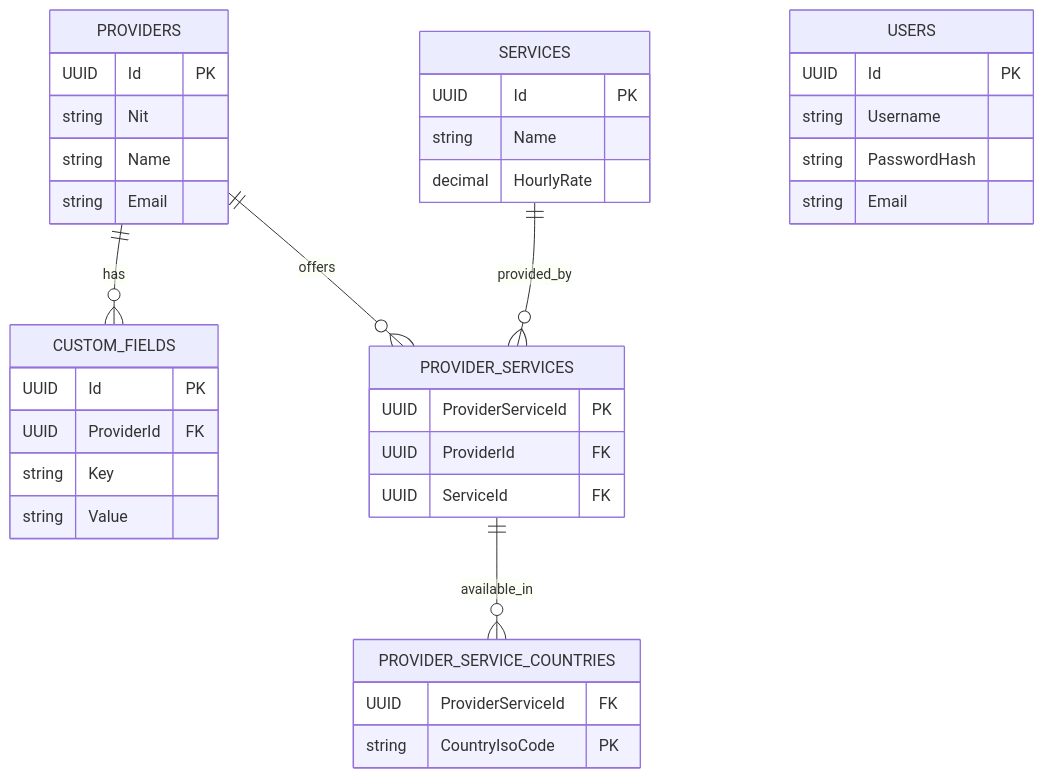
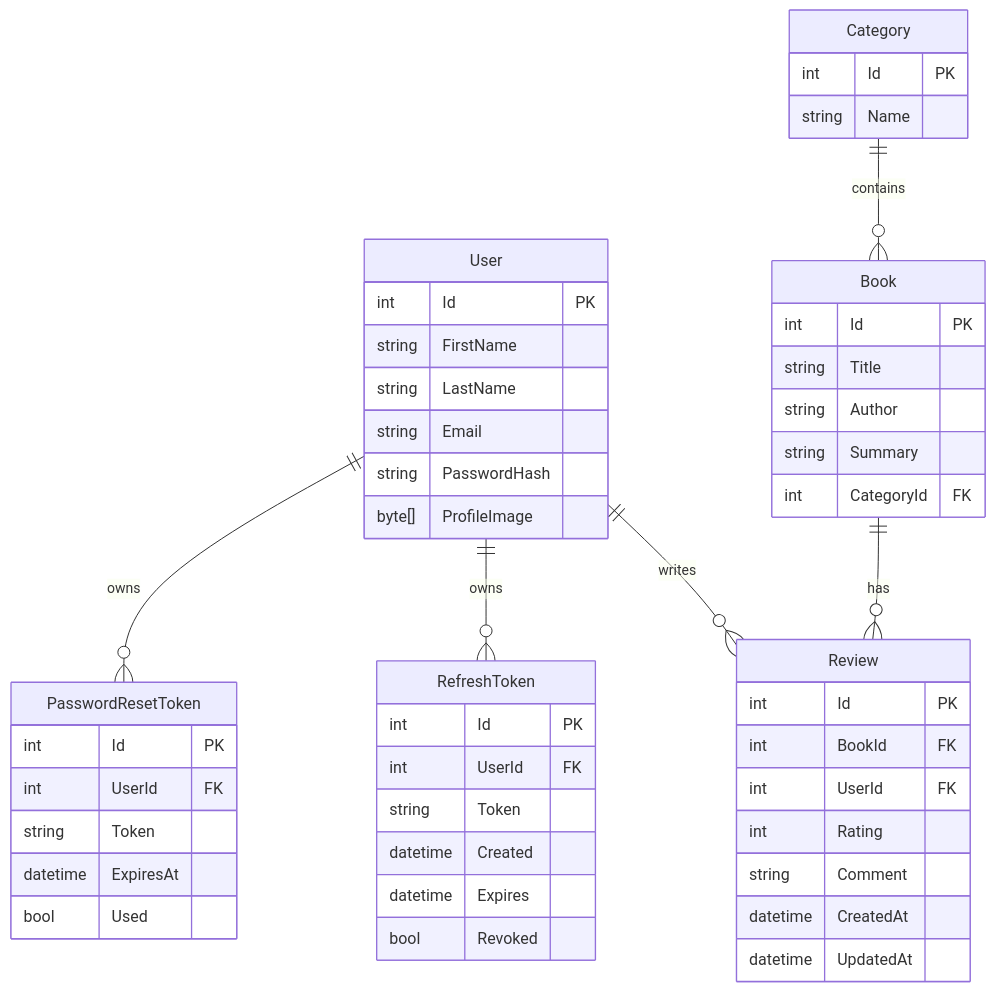
Before and after one commit to Cristian-Infante/Book_reviews: the diagram in README.md, drawn with Mermaid.

````diff
--- a/README.md
+++ b/README.md
@@ -3,40 +3,52 @@
 ```mermaid
 erDiagram
-    PROVIDERS {
-        UUID Id PK
-        string Nit
+    User {
+        int Id PK
+        string FirstName
+        string LastName
+        string Email
+        string PasswordHash
+        byte[] ProfileImage
+    }
+    Category {
+        int Id PK
         string Name
-        string Email
     }
-    SERVICES {
-        UUID Id PK
-        string Name
-        decimal HourlyRate
+    Book {
+        int Id PK
+        string Title
+        string Author
+        string Summary
+        int CategoryId FK
     }
-    PROVIDER_SERVICES {
-        UUID ProviderServiceId PK
-        UUID ProviderId FK
-        UUID ServiceId FK
+    Review {
+        int Id PK
+        int BookId FK
+        int UserId FK
+        int Rating
+        string Comment
+        datetime CreatedAt
+        datetime UpdatedAt
     }
-    PROVIDER_SERVICE_COUNTRIES {
-        UUID ProviderServiceId FK
-        string CountryIsoCode PK
+    RefreshToken {
+        int Id PK
+        int UserId FK
+        string Token
+        datetime Created
+        datetime Expires
+        bool Revoked
     }
-    CUSTOM_FIELDS {
-        UUID Id PK
-        UUID ProviderId FK
-        string Key
-        string Value
-    }
-    USERS {
-        UUID Id PK
-        string Username
-        string PasswordHash
-        string Email
+    PasswordResetToken {
+        int Id PK
+        int UserId FK
+        string Token
+        datetime ExpiresAt
+        bool Used
     }
 
-    PROVIDERS ||--o{ CUSTOM_FIELDS              : has
-    PROVIDERS ||--o{ PROVIDER_SERVICES          : offers
-    SERVICES  ||--o{ PROVIDER_SERVICES          : provided_by
-    PROVIDER_SERVICES ||--o{ PROVIDER_SERVICE_COUNTRIES : available_in
+    User ||--o{ Review                : writes
+    Book ||--o{ Review                : has
+    Category ||--o{ Book              : contains
+    User ||--o{ RefreshToken          : owns
+    User ||--o{ PasswordResetToken    : owns
 ```
````
